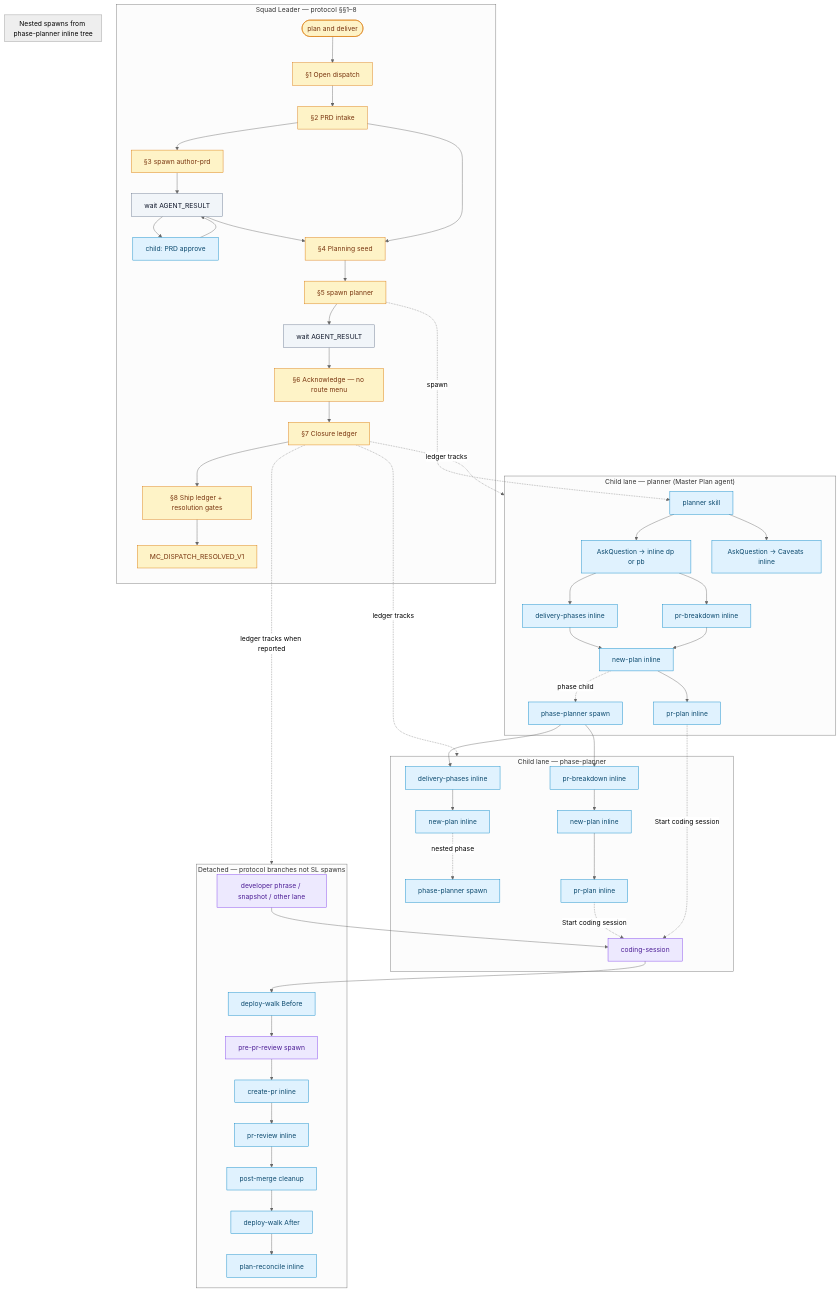
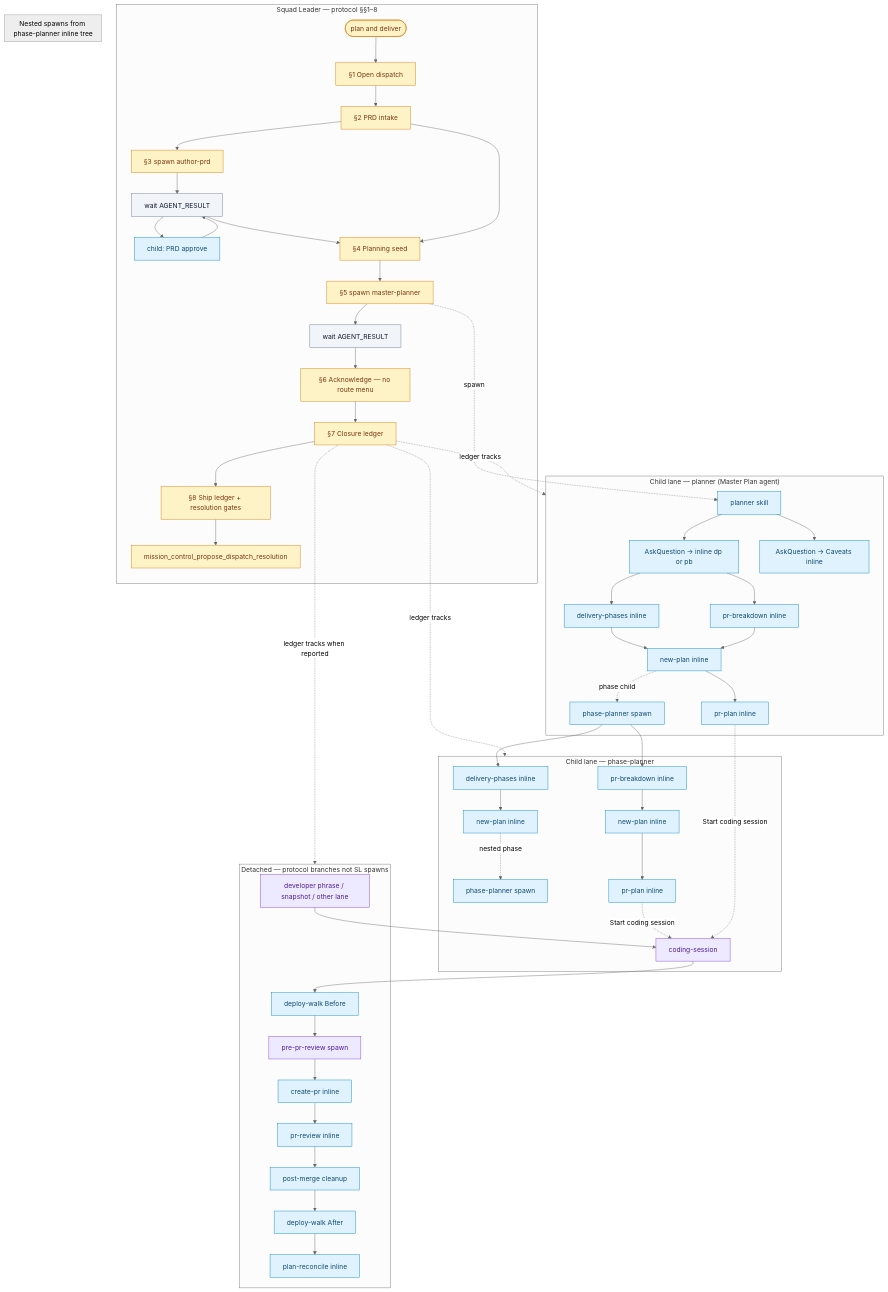
Before and after one commit to sedea-tapcart/research-and-development: the third of 5 diagrams in missions/plan-and-deliver/plan.mdc, drawn with Mermaid (neutral theme). The commit also changed other lines of this file and 46 other files, not shown here.

````diff
--- a/missions/plan-and-deliver/plan.mdc
+++ b/missions/plan-and-deliver/plan.mdc
@@ -115,81 +115,81 @@
 ```mermaid
 flowchart TB
   classDef leader fill:#fef3c7,stroke:#d97706,color:#78350f
   classDef child fill:#e0f2fe,stroke:#0284c7,color:#0c4a6e
   classDef wait fill:#f1f5f9,stroke:#64748b,color:#0f172a
   classDef detached fill:#ede9fe,stroke:#7c3aed,color:#4c1d95
 
   subgraph sl["Squad Leader — protocol §§1–8"]
     CMD(["plan and deliver"]):::leader
     CMD --> S1["§1 Open dispatch"]:::leader
     S1 --> S2["§2 PRD intake"]:::leader
     S2 --> S3["§3 spawn author-prd"]:::leader
     S3 --> S3W["wait AGENT_RESULT"]:::wait
     S3W --> S3A["child: PRD approve"]:::child
     S3A --> S3W
     S3W --> S4["§4 Planning seed"]:::leader
     S2 --> S4
-    S4 --> S5["§5 spawn planner"]:::leader
+    S4 --> S5["§5 spawn master-planner"]:::leader
     S5 --> S5W["wait AGENT_RESULT"]:::wait
     S5W --> S6["§6 Acknowledge — no route menu"]:::leader
     S6 --> S7["§7 Closure ledger"]:::leader
     S7 --> S8["§8 Ship ledger + resolution gates"]:::leader
-    S8 --> RES["MC_DISPATCH_RESOLVED_V1"]:::leader
+    S8 --> RES["mission_control_propose_dispatch_resolution"]:::leader
   end
 
   subgraph mpLane["Child lane — planner (Master Plan agent)"]
     MP["planner skill"]:::child
     MP --> M6["AskQuestion → inline dp or pb"]:::child
     MP --> M7["AskQuestion → Caveats inline"]:::child
     DP["delivery-phases inline"]:::child
     PB["pr-breakdown inline"]:::child
     NP["new-plan inline"]:::child
     M6 --> DP
     M6 --> PB
     DP --> NP
     PB --> NP
     NP --> PP["pr-plan inline"]:::child
     NP -.->|phase child| POP["phase-planner spawn"]:::child
   end
 
   S5 -.->|spawn| MP
 
   subgraph ppLane["Child lane — phase-planner"]
     POP --> DP2["delivery-phases inline"]:::child
     POP --> PB2["pr-breakdown inline"]:::child
     DP2 --> NP2["new-plan inline"]:::child
     PB2 --> NP3["new-plan inline"]:::child
     NP2 -.->|nested phase| POP2["phase-planner spawn"]:::child
     NP3 --> PR2["pr-plan inline"]:::child
     PR2 -.->|Start coding session| CS
   end
 
   subgraph planTree["Nested spawns from phase-planner inline tree"]
     POP2
   end
 
   subgraph impl["Detached — protocol branches not SL spawns"]
     NOTE["developer phrase / snapshot / other lane"]:::detached
     CS["coding-session"]:::detached
     PPR["pre-pr-review spawn"]:::detached
     BDW["deploy-walk Before"]:::child
     CPR["create-pr inline"]:::child
     PRV["pr-review inline"]:::child
     PMC["post-merge cleanup"]:::child
     ADW["deploy-walk After"]:::child
     REC["plan-reconcile inline"]:::child
     NOTE --> CS
     PP -.->|Start coding session| CS
     CS --> BDW
     BDW --> PPR
     PPR --> CPR
     CPR --> PRV
     PRV --> PMC
     PMC --> ADW
     ADW --> REC
   end
 
   S7 -.->|ledger tracks| mpLane
   S7 -.->|ledger tracks| ppLane
   S7 -.->|ledger tracks when reported| impl
 ```
````
